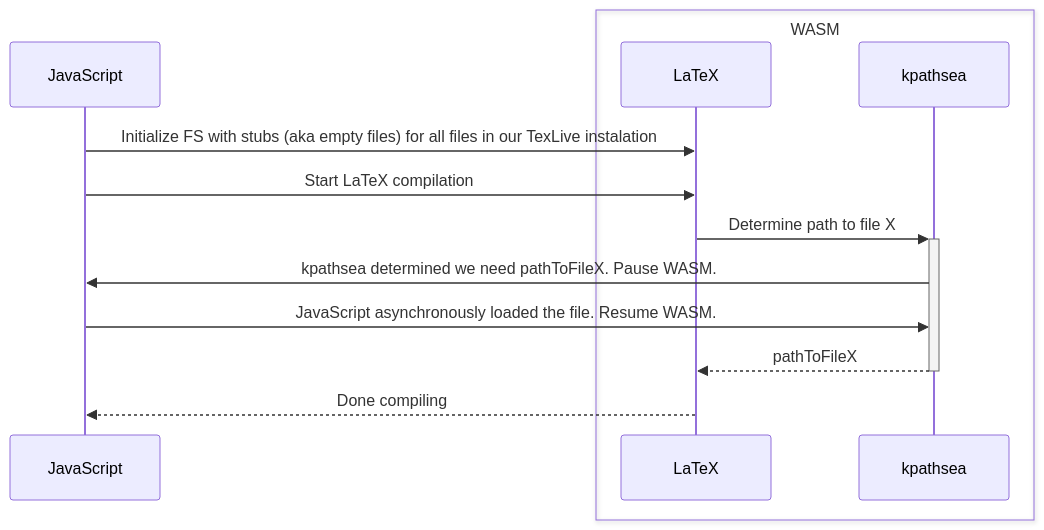
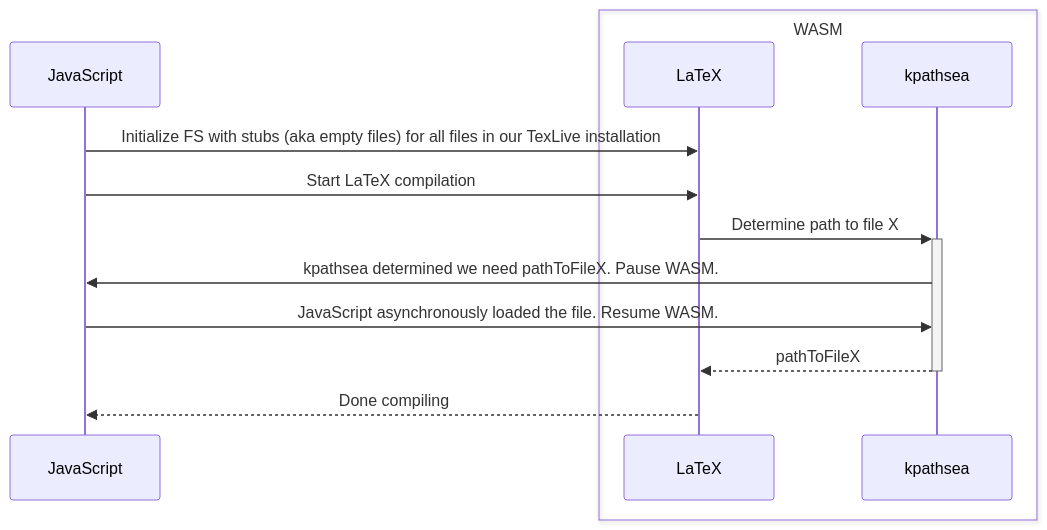
Before and after one commit to bnw/busytex-async: the diagram in README.md, drawn with Mermaid.

````diff
--- a/README.md
+++ b/README.md
@@ -58,15 +58,15 @@
 ```mermaid
 sequenceDiagram
-    JavaScript->>LaTeX: Initialize FS with stubs (aka empty files) for all files in our TexLive instalation
+    JavaScript->>LaTeX: Initialize FS with stubs (aka empty files) for all files in our TexLive installation
     JavaScript->>LaTeX: Start LaTeX compilation
     LaTeX->>+kpathsea: Determine path to file X
     kpathsea->>JavaScript: kpathsea determined we need pathToFileX. Pause WASM.
     JavaScript->>kpathsea: JavaScript asynchronously loaded the file. Resume WASM.
     kpathsea-->>-LaTeX: pathToFileX
     LaTeX-->>JavaScript: Done compiling
 
     box WASM
     participant LaTeX
     participant kpathsea
     end
 ```
````
